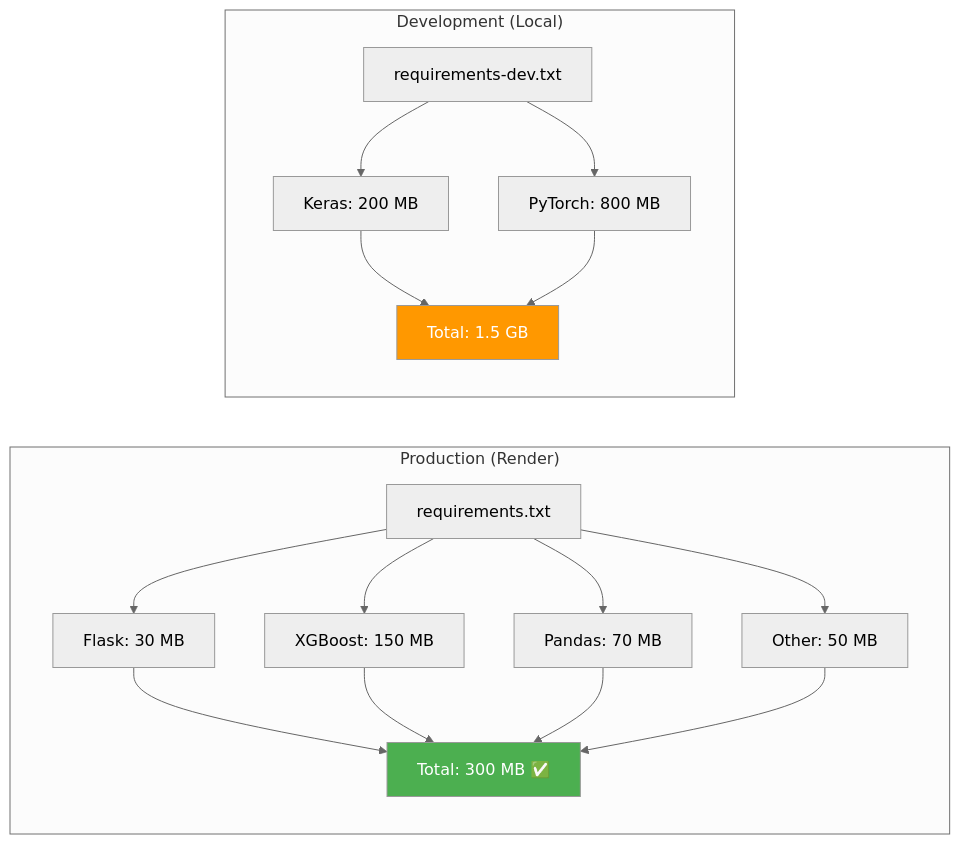
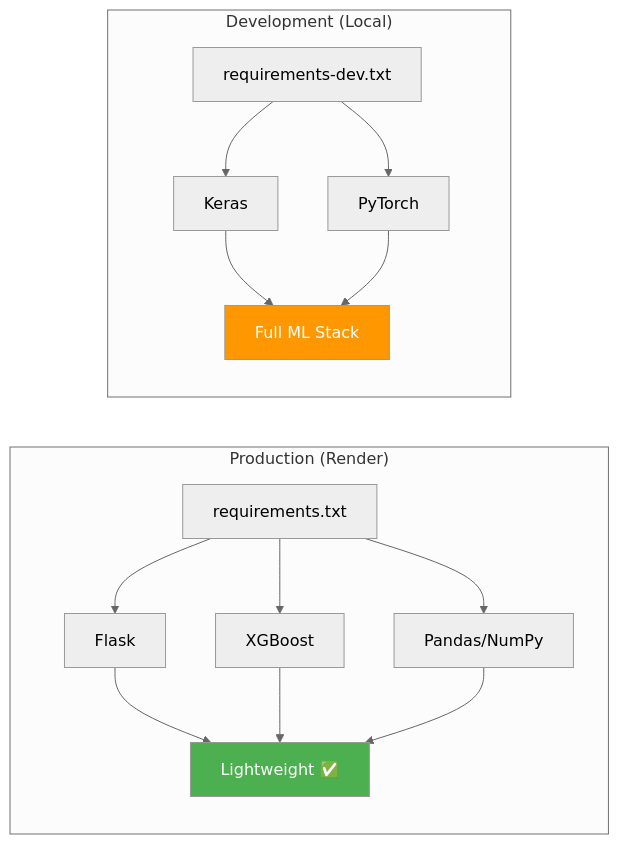
One commit to Kethavatharavind/Flight-delay-prediction-Using-ML-and-LLM changed the sixth of 6 diagrams in README.md. Above: the diagram before and after it, drawn with Mermaid (neutral theme). The commit also changed other lines of this file, not shown here.

Commit message:
Update README: XGBoost+LSTM hybrid, remove memory specs

````diff
--- a/README.md
+++ b/README.md
@@ -613,23 +607,21 @@
 ```mermaid
 graph LR
     subgraph "Production (Render)"
-        ReqProd[requirements.txt] --> Flask[Flask: 30 MB]
-        ReqProd --> XGB[XGBoost: 150 MB]
-        ReqProd --> Pandas[Pandas: 70 MB]
-        ReqProd --> Other[Other: 50 MB]
-        Flask --> Total1[Total: 300 MB ✅]
+        ReqProd[requirements.txt] --> Flask[Flask]
+        ReqProd --> XGB[XGBoost]
+        ReqProd --> Pandas[Pandas/NumPy]
+        Flask --> Total1[Lightweight ✅]
         XGB --> Total1
         Pandas --> Total1
-        Other --> Total1
     end
     
     subgraph "Development (Local)"
-        ReqDev[requirements-dev.txt] --> Keras[Keras: 200 MB]
-        ReqDev --> Torch[PyTorch: 800 MB]
-        Keras --> Total2[Total: 1.5 GB]
+        ReqDev[requirements-dev.txt] --> Keras[Keras]
+        ReqDev --> Torch[PyTorch]
+        Keras --> Total2[Full ML Stack]
         Torch --> Total2
     end
     
     style Total1 fill:#4CAF50,color:#fff
     style Total2 fill:#FF9800,color:#fff
 ```
````
